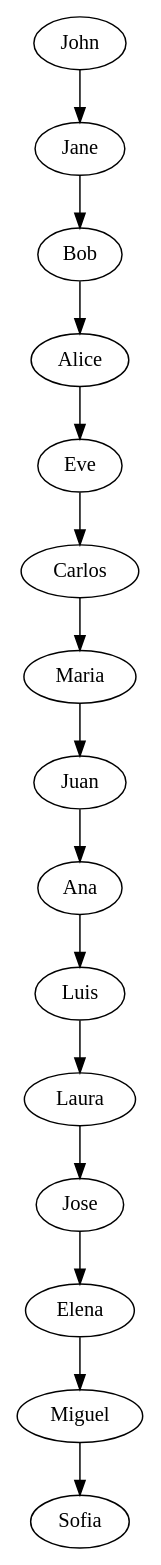
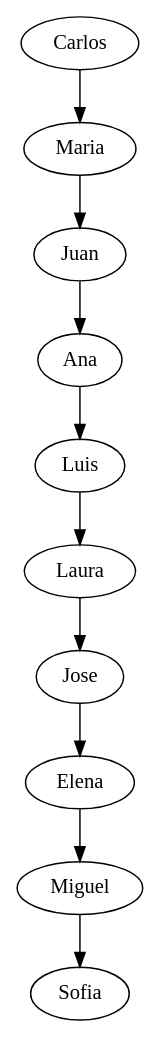
The diagram in fase1/usuarios.dot (AbdielOtzoy/-EDD-Proyecto_202300350), drawn with Graphviz before and after one commit. The commit also changed 8 other files, not shown here.

```diff
--- a/fase1/usuarios.dot
+++ b/fase1/usuarios.dot
@@ -1,31 +1,21 @@
 digraph G {
-John [label="John"];
-Jane [label="Jane"];
-Bob [label="Bob"];
-Alice [label="Alice"];
-Eve [label="Eve"];
 Carlos [label="Carlos"];
 Maria [label="Maria"];
 Juan [label="Juan"];
 Ana [label="Ana"];
 Luis [label="Luis"];
 Laura [label="Laura"];
 Jose [label="Jose"];
 Elena [label="Elena"];
 Miguel [label="Miguel"];
 Sofia [label="Sofia"];
-John -> Jane;
-Jane -> Bob;
-Bob -> Alice;
-Alice -> Eve;
-Eve -> Carlos;
 Carlos -> Maria;
 Maria -> Juan;
 Juan -> Ana;
 Ana -> Luis;
 Luis -> Laura;
 Laura -> Jose;
 Jose -> Elena;
 Elena -> Miguel;
 Miguel -> Sofia;
 }
```
